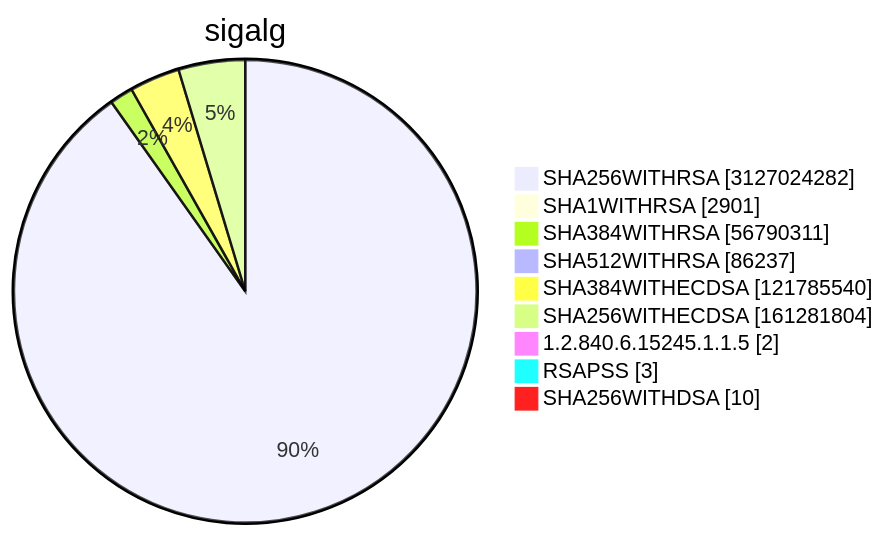
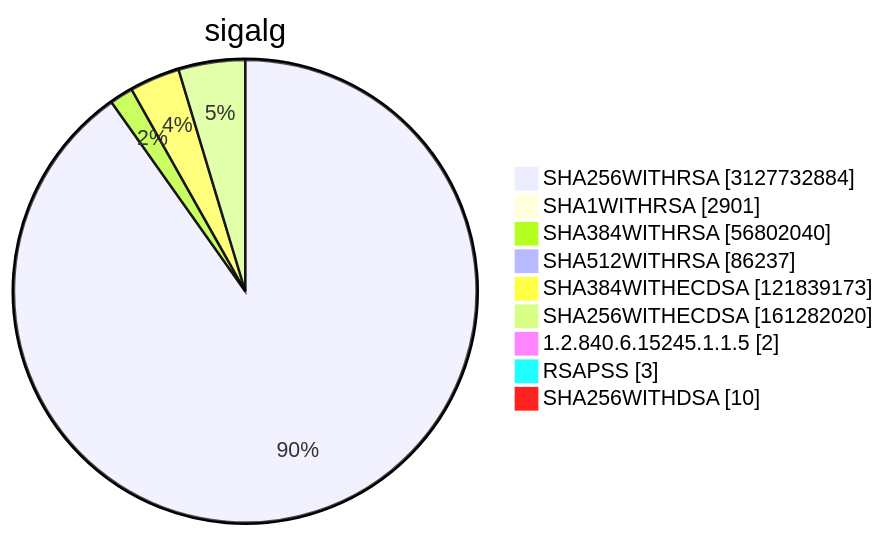
Diagram 15 of 15 in TOTAL/README.md (christiankrug/ctmonitor_visualization), drawn with Mermaid before and after one commit. The commit also changed other lines of this file, not shown here.

````diff
--- a/TOTAL/README.md
+++ b/TOTAL/README.md
@@ -6212,13 +6212,13 @@
 ```mermaid
 pie showData
 title sigalg
-"SHA256WITHRSA" :3127024282
+"SHA256WITHRSA" :3127732884
 "SHA1WITHRSA" :2901
-"SHA384WITHRSA" :56790311
+"SHA384WITHRSA" :56802040
 "SHA512WITHRSA" :86237
-"SHA384WITHECDSA" :121785540
-"SHA256WITHECDSA" :161281804
+"SHA384WITHECDSA" :121839173
+"SHA256WITHECDSA" :161282020
 "1.2.840.6.15245.1.1.5" :2
 "RSAPSS" :3
 "SHA256WITHDSA" :10
 ```
````
